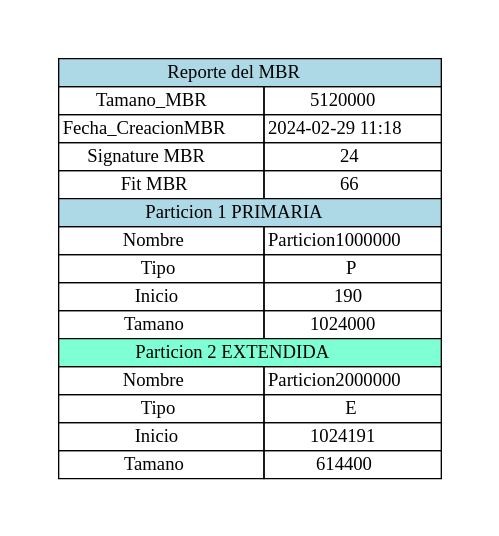
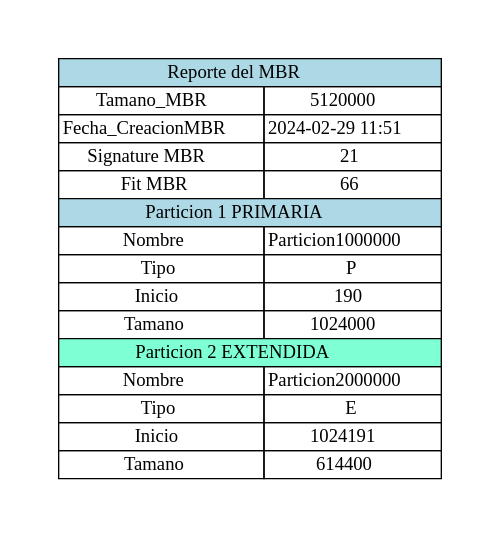
Before and after one commit to Ssolares0/MIA_P1_202004822: the diagram in Reportes/reporte1.jpgA.dot, drawn with Graphviz. The commit also changed 13 other files, not shown here.

```diff
--- a/Reportes/reporte1.jpgA.dot
+++ b/Reportes/reporte1.jpgA.dot
@@ -1,1 +1,1 @@
-digraph { graph [pad="0.5", nodesep="0.5", ranksep="2", splines="ortho"];node [shape=plain]rankdir=LR;Foo [label=<<table border="0" cellborder="1" cellspacing="0"><tr><td colspan="2" bgcolor="lightblue">Reporte del MBR</td></tr><tr><td>Tamano_MBR</td><td>5120000</td></tr><tr><td>Fecha_CreacionMBR</td><td>2024-02-29 11:18</td></tr><tr><td>Signature MBR</td><td>24</td></tr><tr><td>Fit MBR</td><td>66</td></tr><tr><td colspan="2" bgcolor="lightblue">Particion 1 PRIMARIA</td></tr><tr><td>Nombre</td><td>Particion1000000</td></tr><tr><td>Tipo</td><td>P</td></tr><tr><td>Inicio</td><td>190</td></tr><tr><td>Tamano</td><td>1024000</td></tr><tr><td colspan="2" bgcolor="aquamarine1">Particion 2 EXTENDIDA</td></tr><tr><td>Nombre</td><td>Particion2000000</td></tr><tr><td>Tipo</td><td>E</td></tr><tr><td>Inicio</td><td>1024191</td></tr><tr><td>Tamano</td><td>614400</td></tr></table>>];}
+digraph { graph [pad="0.5", nodesep="0.5", ranksep="2", splines="ortho"];node [shape=plain]rankdir=LR;Foo [label=<<table border="0" cellborder="1" cellspacing="0"><tr><td colspan="2" bgcolor="lightblue">Reporte del MBR</td></tr><tr><td>Tamano_MBR</td><td>5120000</td></tr><tr><td>Fecha_CreacionMBR</td><td>2024-02-29 11:51</td></tr><tr><td>Signature MBR</td><td>21</td></tr><tr><td>Fit MBR</td><td>66</td></tr><tr><td colspan="2" bgcolor="lightblue">Particion 1 PRIMARIA</td></tr><tr><td>Nombre</td><td>Particion1000000</td></tr><tr><td>Tipo</td><td>P</td></tr><tr><td>Inicio</td><td>190</td></tr><tr><td>Tamano</td><td>1024000</td></tr><tr><td colspan="2" bgcolor="aquamarine1">Particion 2 EXTENDIDA</td></tr><tr><td>Nombre</td><td>Particion2000000</td></tr><tr><td>Tipo</td><td>E</td></tr><tr><td>Inicio</td><td>1024191</td></tr><tr><td>Tamano</td><td>614400</td></tr></table>>];}
```
